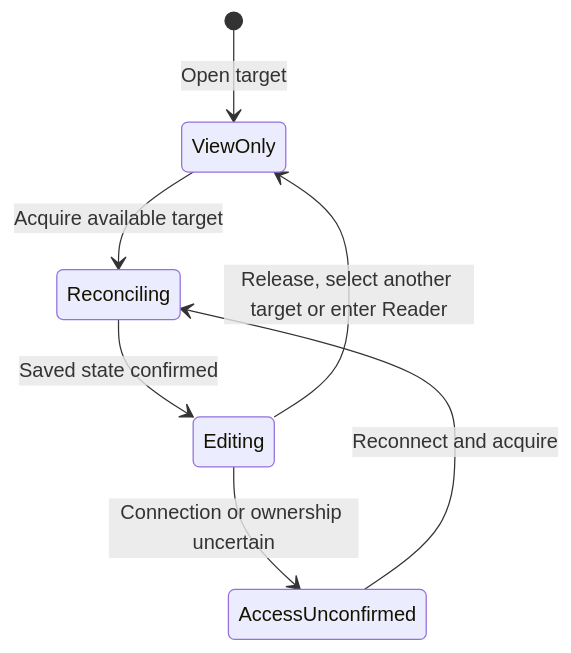
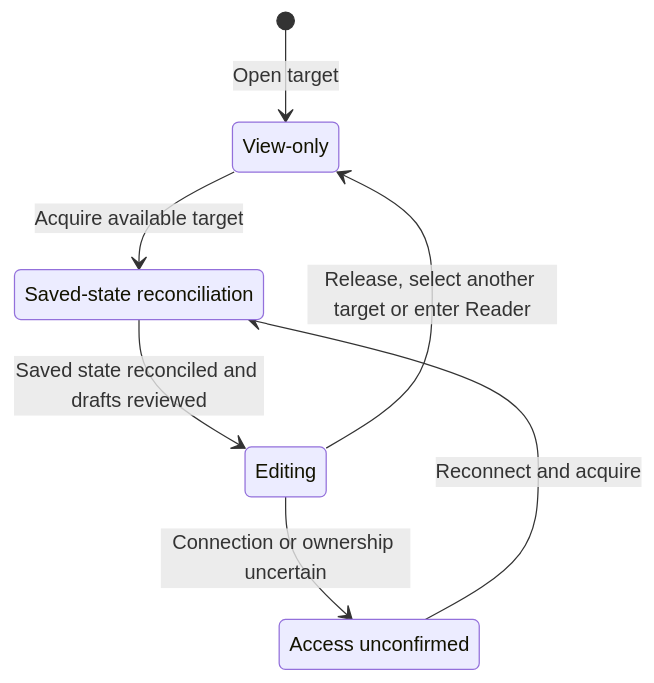
One commit to cosminci/photography changed the fourth of 5 diagrams in specs/design.md. Above: the diagram before and after it, drawn with Mermaid. The commit also changed other lines of this file and 14 other files, not shown here.

````diff
--- a/specs/design.md
+++ b/specs/design.md
@@ -152,9 +141,12 @@
 ```mermaid
 stateDiagram-v2
+  state "View-only" as ViewOnly
+  state "Saved-state reconciliation" as Reconciling
+  state "Access unconfirmed" as AccessUnconfirmed
   [*] --> ViewOnly: Open target
   ViewOnly --> Reconciling: Acquire available target
-  Reconciling --> Editing: Saved state confirmed
+  Reconciling --> Editing: Saved state reconciled and drafts reviewed
   Editing --> ViewOnly: Release, select another target or enter Reader
   Editing --> AccessUnconfirmed: Connection or ownership uncertain
   AccessUnconfirmed --> Reconciling: Reconnect and acquire
 ```
````
